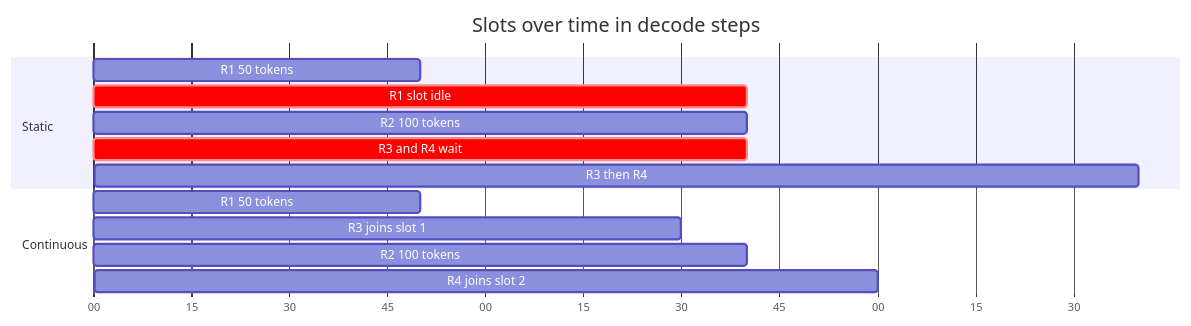
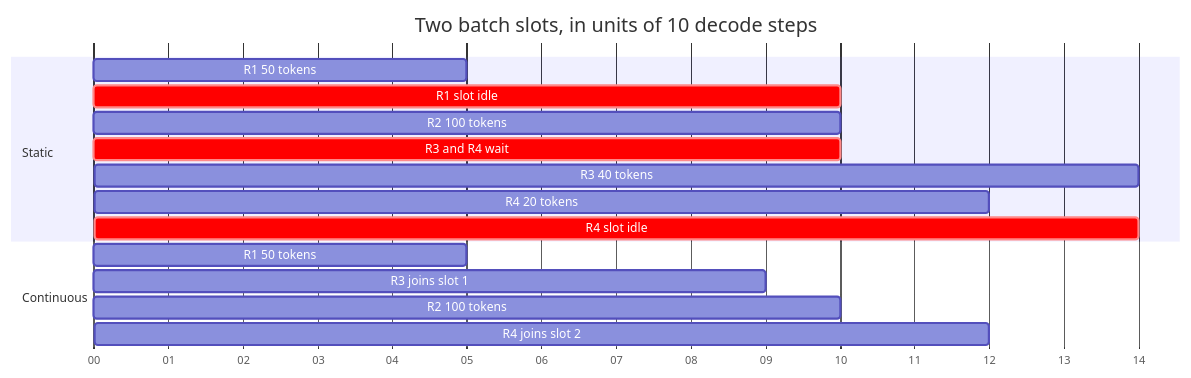
The fifth of 18 diagrams in manuscript/book2-ml-ai/73-llm-inference.md (Sampath1-1-1/System-Design), drawn with Mermaid before and after one commit. The commit also changed other lines of this file and 2 other files, not shown here.

Commit message:
WIP: snapshot of in-progress drafts (Ch 71-73)
Claude-Session: https://claude.ai/code/session_01KD1PV4QYjXu36Gz9iKmJiD

````diff
--- a/manuscript/book2-ml-ai/73-llm-inference.md
+++ b/manuscript/book2-ml-ai/73-llm-inference.md
@@ -408,17 +408,19 @@
 ```mermaid
 gantt
-  title Slots over time in decode steps
+  title Two batch slots, in units of 10 decode steps
   dateFormat X
   axisFormat %S
   section Static
-  R1 50 tokens          :s1, 0, 50
-  R1 slot idle          :crit, 50, 100
-  R2 100 tokens         :s2, 0, 100
-  R3 and R4 wait        :crit, 0, 100
-  R3 then R4            :s3, 100, 160
+  R1 50 tokens          :s1, 0, 5
+  R1 slot idle          :crit, 5, 10
+  R2 100 tokens         :s2, 0, 10
+  R3 and R4 wait        :crit, 0, 10
+  R3 40 tokens          :s3, 10, 14
+  R4 20 tokens          :s4, 10, 12
+  R4 slot idle          :crit, 12, 14
   section Continuous
-  R1 50 tokens          :c1, 0, 50
-  R3 joins slot 1       :c3, 50, 90
-  R2 100 tokens         :c2, 0, 100
-  R4 joins slot 2       :c4, 100, 120
+  R1 50 tokens          :c1, 0, 5
+  R3 joins slot 1       :c3, 5, 9
+  R2 100 tokens         :c2, 0, 10
+  R4 joins slot 2       :c4, 10, 12
 ```
````
